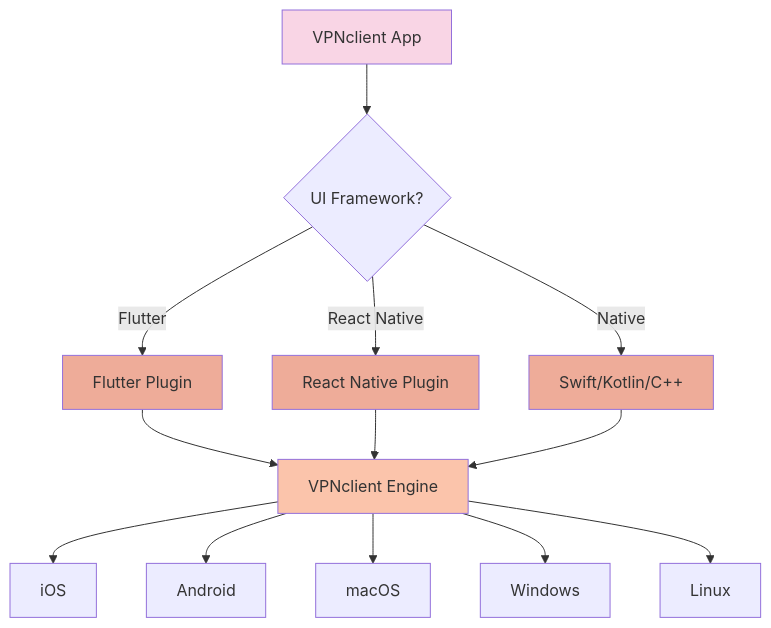
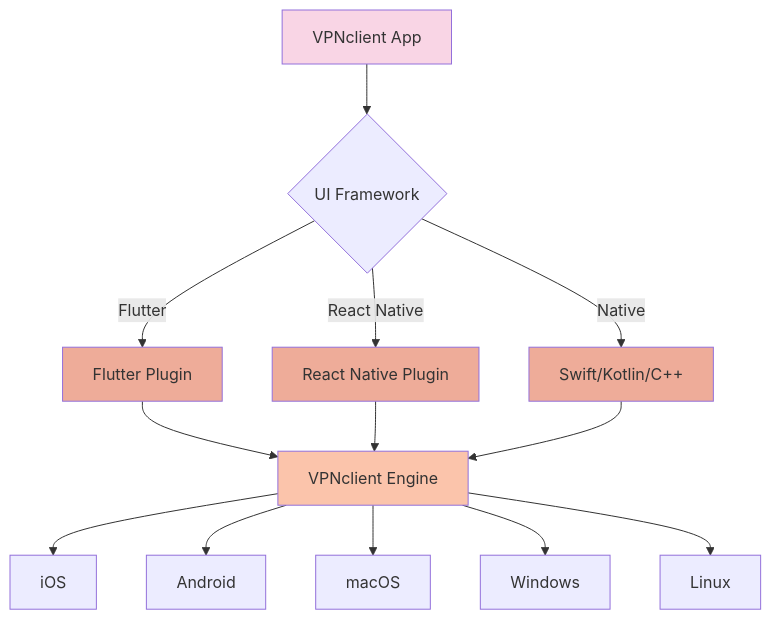
One commit to VPNclient/.github changed the first of 2 diagrams in profile/README.md. Above: the diagram before and after it, drawn with Mermaid. The commit also changed other lines of this file, not shown here.

````diff
--- a/profile/README.md
+++ b/profile/README.md
@@ -32,25 +32,25 @@
 ```mermaid
 graph TD
   style A fill:#f9d5e5
-  A[VPNclient App] --> Z{UI Framework?}
+  A[VPNclient App] --> Z{UI Framework}
 
   Z -->|Flutter| B[Flutter Plugin]
   Z -->|React Native| C[React Native Plugin]
   Z -->|Native| D[Swift/Kotlin/C++]
 
   style B fill:#eeac99
   style C fill:#eeac99
   style D fill:#eeac99
 
   B --> E[VPNclient Engine]
   C --> E
   D --> E
 
   style E fill:#fbc4ab
 
   E --> F[iOS]
   E --> G[Android]
   E --> H[macOS]
   E --> I[Windows]
   E --> J[Linux]
 ```
````
